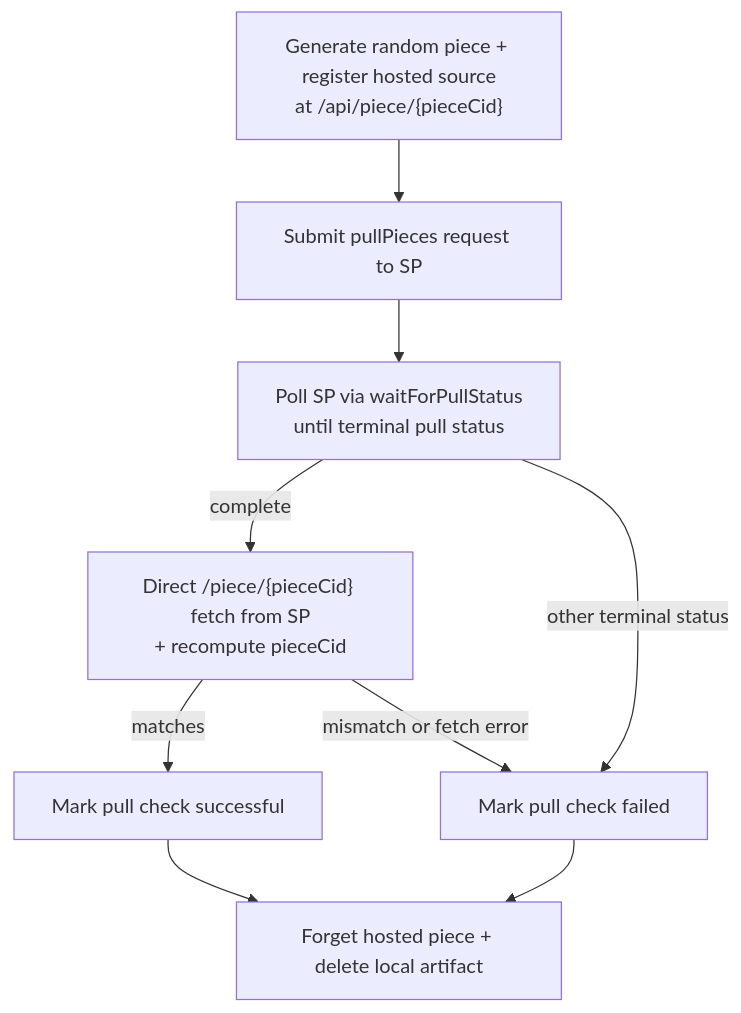
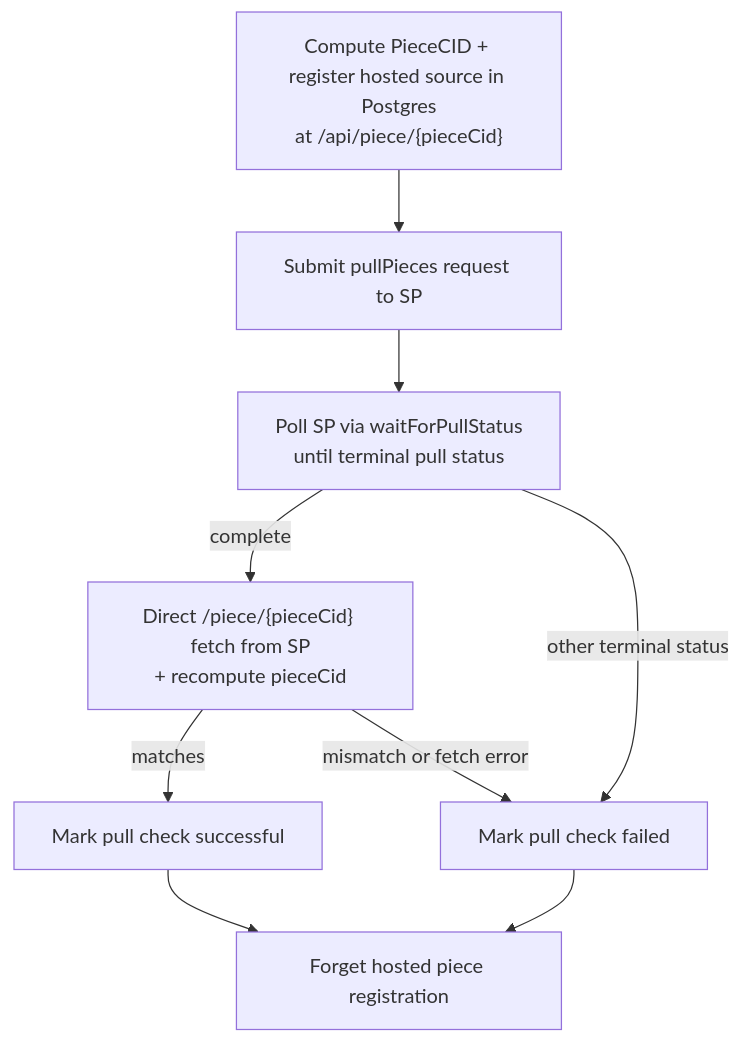
One commit to FilOzone/dealbot changed the diagram in docs/checks/pull-check.md. Above: the diagram before and after it, drawn with Mermaid. The commit also changed other lines of this file and 1 other file, not shown here.

````diff
--- a/docs/checks/pull-check.md
+++ b/docs/checks/pull-check.md
@@ -34,12 +34,12 @@
 ```mermaid
 flowchart TD
-  Generate["Generate random piece + register hosted source<br/>at /api/piece/{pieceCid}"]
+  Generate["Compute PieceCID + register hosted source in Postgres<br/>at /api/piece/{pieceCid}"]
   Generate --> Submit["Submit pullPieces request to SP"]
   Submit --> Poll["Poll SP via waitForPullStatus<br/>until terminal pull status"]
   Poll -->|complete| Validate["Direct /piece/{pieceCid} fetch from SP<br/>+ recompute pieceCid"]
   Poll -->|other terminal status| Fail["Mark pull check failed"]
   Validate -->|matches| Success["Mark pull check successful"]
   Validate -->|mismatch or fetch error| Fail
   Success --> Cleanup
-  Fail --> Cleanup["Forget hosted piece + delete local artifact"]
+  Fail --> Cleanup["Forget hosted piece registration"]
 ```
````
